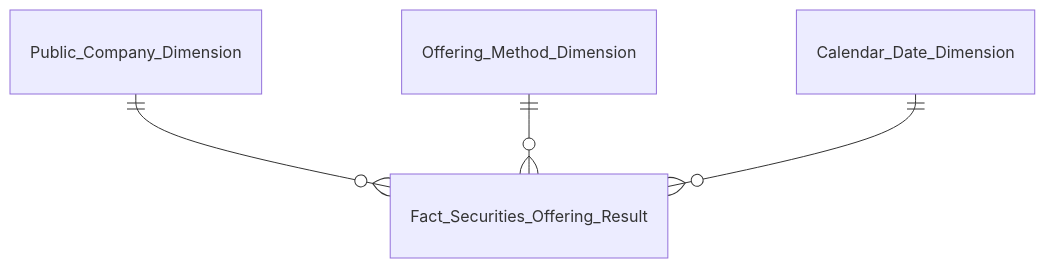
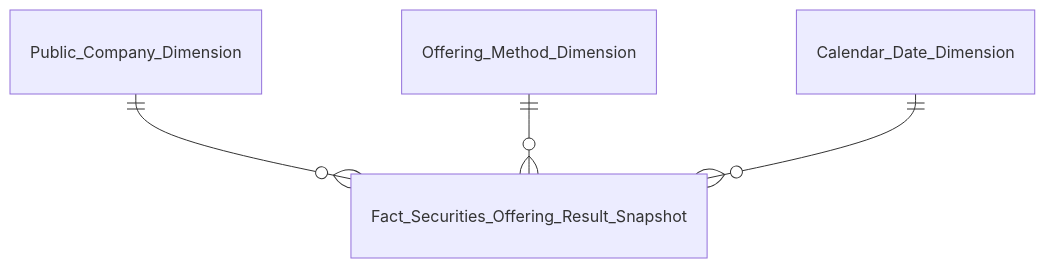
The third of 5 diagrams in Datamart/hld/DTM_QLCB_Entities.md (linhlvit/ubck_atomic_design), drawn with Mermaid before and after one commit. The commit also changed other lines of this file and 14 other files, not shown here.

````diff
--- a/Datamart/hld/DTM_QLCB_Entities.md
+++ b/Datamart/hld/DTM_QLCB_Entities.md
@@ -53,6 +55,6 @@
 ```mermaid
 erDiagram
-    Public_Company_Dimension ||--o{ Fact_Securities_Offering_Result : " "
-    Offering_Method_Dimension ||--o{ Fact_Securities_Offering_Result : " "
-    Calendar_Date_Dimension ||--o{ Fact_Securities_Offering_Result : " "
+    Public_Company_Dimension ||--o{ Fact_Securities_Offering_Result_Snapshot : " "
+    Offering_Method_Dimension ||--o{ Fact_Securities_Offering_Result_Snapshot : " "
+    Calendar_Date_Dimension ||--o{ Fact_Securities_Offering_Result_Snapshot : " "
 ```
````
